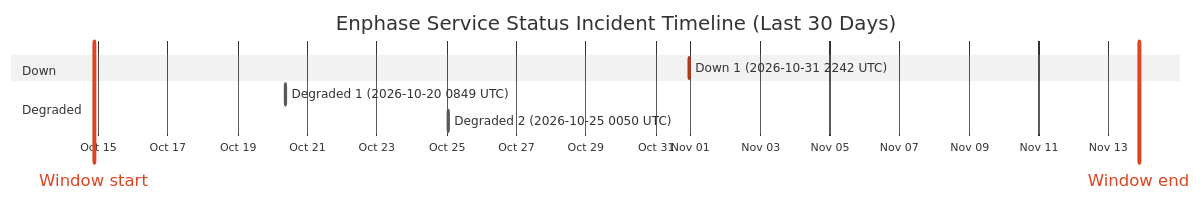
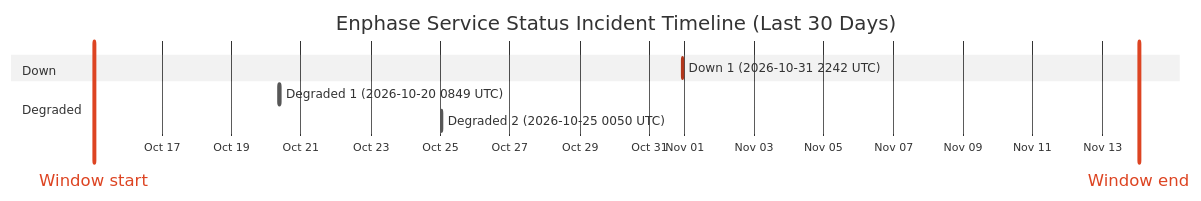
One commit to barneyonline/ha-enphase-energy changed the diagram in wiki/Service-Status-History.md. Above: the diagram before and after it, drawn with Mermaid (neutral theme). The commit also changed other lines of this file and 3 other files, not shown here.

````diff
--- a/wiki/Service-Status-History.md
+++ b/wiki/Service-Status-History.md
@@ -14,13 +14,13 @@
 ```mermaid
 gantt
     title Enphase Service Status Incident Timeline (Last 30 Days)
     dateFormat  YYYY-MM-DDTHH:mm:ss
     axisFormat  %b %d
-    Window start :vert, window-start, 2026-10-14T20:56:46, 0ms
-    Window end :vert, window-end, 2026-11-13T20:56:46, 0ms
+    Window start :vert, window-start, 2026-10-15T01:19:42, 0ms
+    Window end :vert, window-end, 2026-11-14T01:19:42, 0ms
     section Down
     Down 1 (2026-10-31 2242 UTC) :crit, down-1, 2026-10-31T22:42:18, 60m
     section Degraded
     Degraded 1 (2026-10-20 0849 UTC) :active, degraded-1, 2026-10-20T08:49:49, 60m
     Degraded 2 (2026-10-25 0050 UTC) :active, degraded-2, 2026-10-25T00:50:01, 60m
 ```
````
